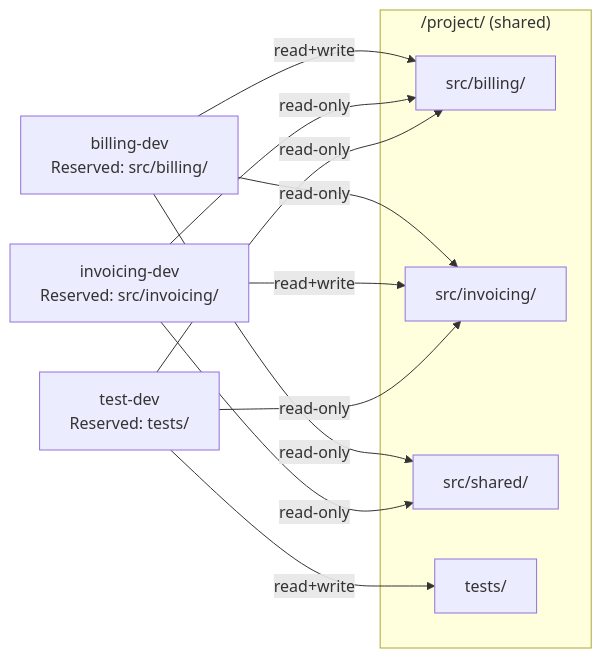
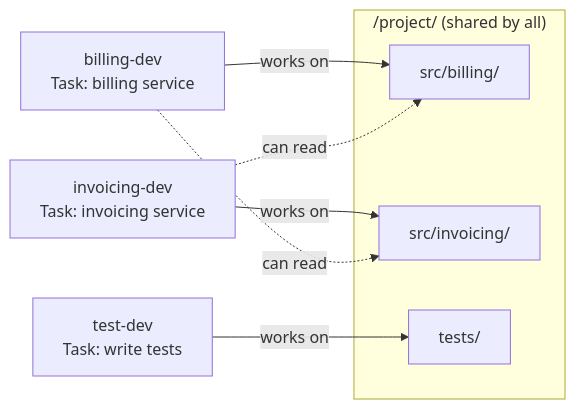
Before and after one commit to suman724/cowork-infra: the second of 9 diagrams in docs/components/agent-teams.md, drawn with Mermaid. The commit also changed other lines of this file, not shown here.

First line of the commit message:
docs(agent-teams): simplify to shared workspace, remove isolation strategies

````diff
--- a/docs/components/agent-teams.md
+++ b/docs/components/agent-teams.md
@@ -297,21 +257,14 @@
 ```mermaid
 flowchart LR
-    subgraph Workspace["/project/ (shared)"]
+    subgraph Workspace["/project/ (shared by all)"]
         F1["src/billing/"]
         F2["src/invoicing/"]
-        F3["src/shared/"]
-        F4["tests/"]
+        F3["tests/"]
     end
 
-    T1["billing-dev<br/>Reserved: src/billing/"] -->|read+write| F1
-    T1 -->|read-only| F2
-    T1 -->|read-only| F3
-
-    T2["invoicing-dev<br/>Reserved: src/invoicing/"] -->|read+write| F2
-    T2 -->|read-only| F1
-    T2 -->|read-only| F3
-
-    T3["test-dev<br/>Reserved: tests/"] -->|read+write| F4
-    T3 -->|read-only| F1
-    T3 -->|read-only| F2
+    T1["billing-dev<br/>Task: billing service"] -->|works on| F1
+    T2["invoicing-dev<br/>Task: invoicing service"] -->|works on| F2
+    T3["test-dev<br/>Task: write tests"] -->|works on| F3
+    T1 -.->|can read| F2
+    T2 -.->|can read| F1
 ```
````
